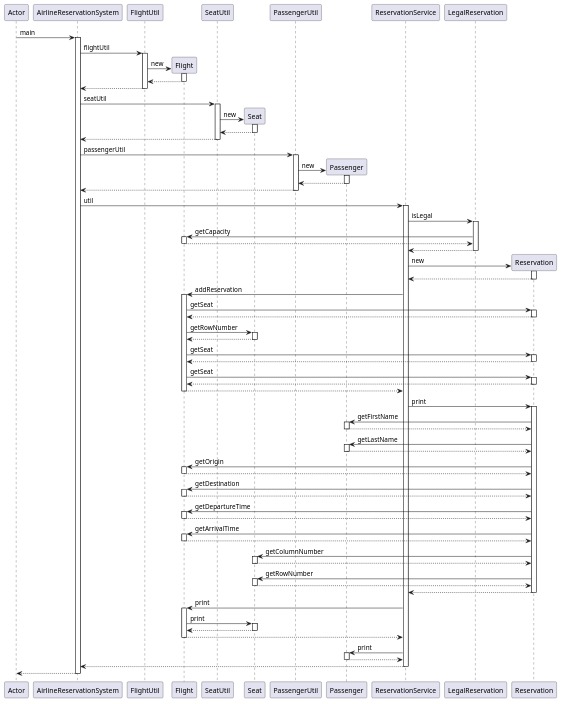
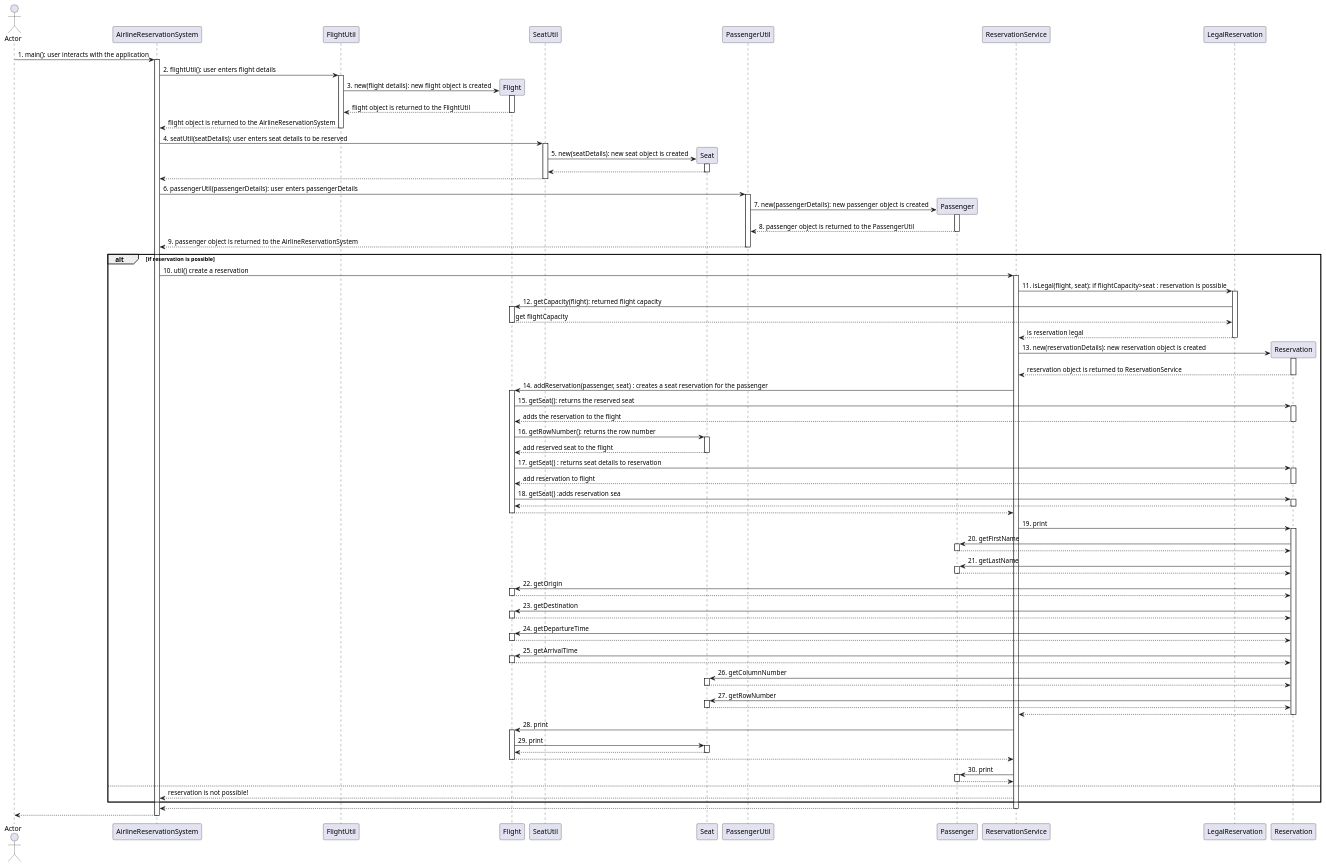
The diagram in out/Diagrams/sequenceDiagram/AirlineReservationSystem_main.puml (das-arindam/Airline-Reservation-System), drawn with PlantUML before and after one commit. The commit also changed 1 other file, not shown here.

Commit message:
Added userinput for flight

```diff
--- a/out/Diagrams/sequenceDiagram/AirlineReservationSystem_main.puml
+++ b/out/Diagrams/sequenceDiagram/AirlineReservationSystem_main.puml
@@ -1,118 +1,122 @@
 @startuml
-participant Actor
-Actor -> AirlineReservationSystem : main
+actor Actor
+Actor -> AirlineReservationSystem : 1. main(): user interacts with the application
 activate AirlineReservationSystem
-AirlineReservationSystem -> FlightUtil : flightUtil
+AirlineReservationSystem -> FlightUtil : 2. flightUtil(): user enters flight details
 activate FlightUtil
 create Flight
-FlightUtil -> Flight : new
+FlightUtil -> Flight : 3. new(flight details): new flight object is created
 activate Flight
-Flight --> FlightUtil
+Flight --> FlightUtil : flight object is returned to the FlightUtil
 deactivate Flight
-FlightUtil --> AirlineReservationSystem
+FlightUtil --> AirlineReservationSystem : flight object is returned to the AirlineReservationSystem
 deactivate FlightUtil
-AirlineReservationSystem -> SeatUtil : seatUtil
+AirlineReservationSystem -> SeatUtil : 4. seatUtil(seatDetails): user enters seat details to be reserved
 activate SeatUtil
 create Seat
-SeatUtil -> Seat : new
+SeatUtil -> Seat : 5. new(seatDetails): new seat object is created
 activate Seat
 Seat --> SeatUtil
 deactivate Seat
 SeatUtil --> AirlineReservationSystem
 deactivate SeatUtil
-AirlineReservationSystem -> PassengerUtil : passengerUtil
+AirlineReservationSystem -> PassengerUtil : 6. passengerUtil(passengerDetails): user enters passengerDetails
 activate PassengerUtil
 create Passenger
-PassengerUtil -> Passenger : new
+PassengerUtil -> Passenger : 7. new(passengerDetails): new passenger object is created
 activate Passenger
-Passenger --> PassengerUtil
+Passenger --> PassengerUtil : 8. passenger object is returned to the PassengerUtil
 deactivate Passenger
-PassengerUtil --> AirlineReservationSystem
+PassengerUtil --> AirlineReservationSystem : 9. passenger object is returned to the AirlineReservationSystem
 deactivate PassengerUtil
-AirlineReservationSystem -> ReservationService : util
+alt if reservation is possible
+AirlineReservationSystem -> ReservationService : 10. util() create a reservation
 activate ReservationService
-ReservationService -> LegalReservation : isLegal
+ReservationService -> LegalReservation : 11. isLegal(flight, seat): if flightCapacity>seat : reservation is possible
 activate LegalReservation
-LegalReservation -> Flight : getCapacity
+LegalReservation -> Flight : 12. getCapacity(flight): returned flight capacity
 activate Flight
-Flight --> LegalReservation
+Flight --> LegalReservation : get flightCapacity
 deactivate Flight
-LegalReservation --> ReservationService
+LegalReservation --> ReservationService : is reservation legal
 deactivate LegalReservation
 create Reservation
-ReservationService -> Reservation : new
+ReservationService -> Reservation : 13. new(reservationDetails): new reservation object is created
 activate Reservation
-Reservation --> ReservationService
+Reservation --> ReservationService : reservation object is returned to ReservationService
 deactivate Reservation
-ReservationService -> Flight : addReservation
+ReservationService -> Flight : 14. addReservation(passenger, seat) : creates a seat reservation for the passenger
 activate Flight
-Flight -> Reservation : getSeat
+Flight -> Reservation : 15. getSeat(): returns the reserved seat
 activate Reservation
-Reservation --> Flight
+Reservation --> Flight : adds the reservation to the flight
 deactivate Reservation
-Flight -> Seat : getRowNumber
+Flight -> Seat : 16. getRowNumber(): returns the row number
 activate Seat
-Seat --> Flight
+Seat --> Flight : add reserved seat to the flight
 deactivate Seat
-Flight -> Reservation : getSeat
+Flight -> Reservation : 17. getSeat() : returns seat details to reservation
 activate Reservation
-Reservation --> Flight
+Reservation --> Flight : add reservation to flight
 deactivate Reservation
-Flight -> Reservation : getSeat
+Flight -> Reservation : 18. getSeat() :adds reservation sea
 activate Reservation
 Reservation --> Flight
 deactivate Reservation
 Flight --> ReservationService
 deactivate Flight
-ReservationService -> Reservation : print
+ReservationService -> Reservation : 19. print
 activate Reservation
-Reservation -> Passenger : getFirstName
+Reservation -> Passenger : 20. getFirstName
 activate Passenger
 Passenger --> Reservation
 deactivate Passenger
-Reservation -> Passenger : getLastName
+Reservation -> Passenger : 21. getLastName
 activate Passenger
 Passenger --> Reservation
 deactivate Passenger
-Reservation -> Flight : getOrigin
+Reservation -> Flight : 22. getOrigin
 activate Flight
 Flight --> Reservation
 deactivate Flight
-Reservation -> Flight : getDestination
+Reservation -> Flight : 23. getDestination
 activate Flight
 Flight --> Reservation
 deactivate Flight
-Reservation -> Flight : getDepartureTime
+Reservation -> Flight : 24. getDepartureTime
 activate Flight
 Flight --> Reservation
 deactivate Flight
-Reservation -> Flight : getArrivalTime
+Reservation -> Flight : 25. getArrivalTime
 activate Flight
 Flight --> Reservation
 deactivate Flight
-Reservation -> Seat : getColumnNumber
+Reservation -> Seat : 26. getColumnNumber
 activate Seat
 Seat --> Reservation
 deactivate Seat
-Reservation -> Seat : getRowNumber
+Reservation -> Seat : 27. getRowNumber
 activate Seat
 Seat --> Reservation
 deactivate Seat
 Reservation --> ReservationService
 deactivate Reservation
-ReservationService -> Flight : print
+ReservationService -> Flight : 28. print
 activate Flight
-Flight -> Seat : print
+Flight -> Seat : 29. print
 activate Seat
 Seat --> Flight
 deactivate Seat
 Flight --> ReservationService
 deactivate Flight
-ReservationService -> Passenger : print
+ReservationService -> Passenger : 30. print
 activate Passenger
 Passenger --> ReservationService
 deactivate Passenger
+else
+ReservationService --> AirlineReservationSystem : reservation is not possible!
+end
 ReservationService --> AirlineReservationSystem
 deactivate ReservationService
 return
 @enduml
```
